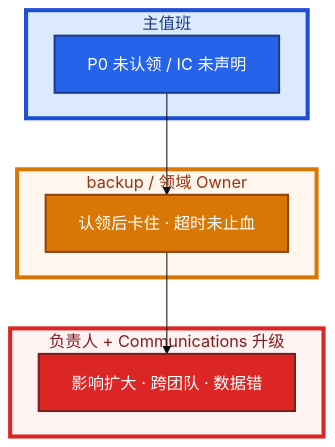
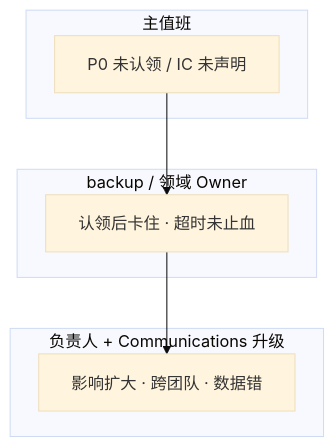
One commit to ml-cuizijun/LearnToLilith changed the fifth of 6 diagrams in 10-SRE实践/03-事故管理与无责复盘/知识点.md. Above: the diagram before and after it, drawn with Mermaid. The commit also changed other lines of this file and 107 other files, not shown here.

````diff
--- a/10-SRE实践/03-事故管理与无责复盘/知识点.md
+++ b/10-SRE实践/03-事故管理与无责复盘/知识点.md
@@ -269,25 +331,14 @@
 ```mermaid
 %%{init: {"flowchart": {"padding": 16, "nodeSpacing": 36}, "theme": "base"}}%%
 flowchart TB
     subgraph p ["主值班"]
         t1["P0 未认领 / IC 未声明"]
     end
     subgraph b ["backup / 领域 Owner"]
         t2["认领后卡住 · 超时未止血"]
     end
     subgraph m ["负责人 + Communications 升级"]
         t3["影响扩大 · 跨团队 · 数据错"]
     end
     t1 --> t2 --> t3
-
-    classDef a fill:#2563EB,stroke:#1E3A8A,stroke-width:2px,color:#fff
-    classDef w fill:#D97706,stroke:#92400E,stroke-width:2px,color:#fff
-    classDef c fill:#DC2626,stroke:#7F1D1D,stroke-width:2px,color:#fff
-    class t1 a
-    class t2 w
-    class t3 c
-
-    style p fill:#DBEAFE,stroke:#1D4ED8,stroke-width:4px,color:#1E3A8A
-    style b fill:#FFF7ED,stroke:#D97706,stroke-width:4px,color:#9A3412
-    style m fill:#FEF2F2,stroke:#DC2626,stroke-width:4px,color:#7F1D1D
 ```
````
